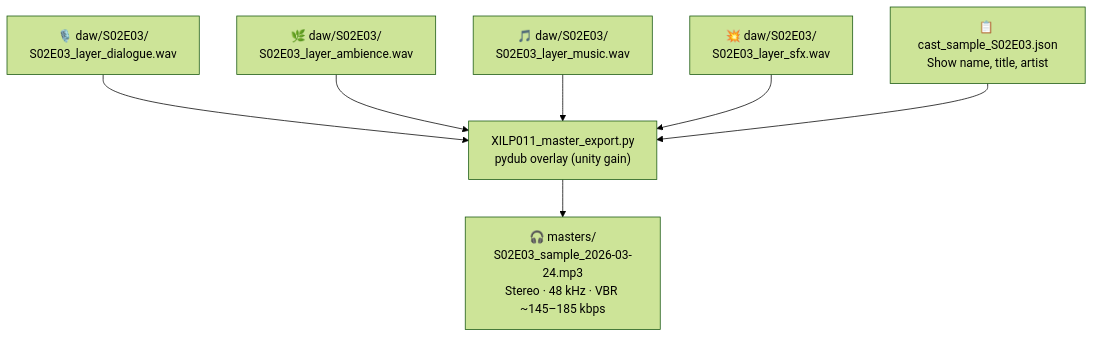
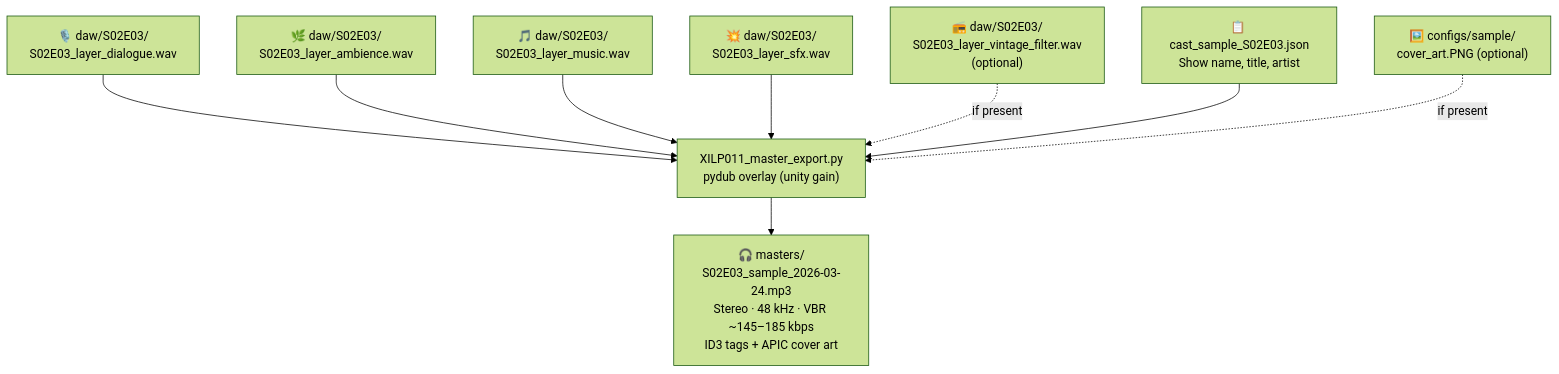
Before and after one commit to xilcmd/xil-pipeline: diagram 21 of 24 in docs/pipeline.md, drawn with Mermaid (forest theme). The commit also changed other lines of this file and 9 other files, not shown here.

First line of the commit message:
feat: Whisper STT verification, cover art embedding, and GUI cleanup

````diff
--- a/docs/pipeline.md
+++ b/docs/pipeline.md
@@ -1283,25 +1290,33 @@
 ```mermaid
 flowchart TD
     DIALOGUE["`🎙️ daw/S02E03/
     S02E03_layer_dialogue.wav`"]
     AMBIENCE["`🌿 daw/S02E03/
     S02E03_layer_ambience.wav`"]
     MUSIC["`🎵 daw/S02E03/
     S02E03_layer_music.wav`"]
     SFX["`💥 daw/S02E03/
     S02E03_layer_sfx.wav`"]
+    VF["`📻 daw/S02E03/
+    S02E03_layer_vintage_filter.wav
+    (optional)`"]
     MIX["XILP011_master_export.py
     pydub overlay (unity gain)"]
     CAST["`📋 cast_sample_S02E03.json
     Show name, title, artist`"]
+    ART["`🖼️ configs/sample/
+    cover_art.PNG (optional)`"]
     MASTER["`🎧 masters/
     S02E03_sample_2026-03-24.mp3
-    Stereo · 48 kHz · VBR ~145–185 kbps`"]
+    Stereo · 48 kHz · VBR ~145–185 kbps
+    ID3 tags + APIC cover art`"]
 
     DIALOGUE --> MIX
     AMBIENCE --> MIX
     MUSIC --> MIX
     SFX --> MIX
+    VF -.->|if present| MIX
     CAST --> MIX
+    ART -.->|if present| MIX
     MIX --> MASTER
 ```
````
